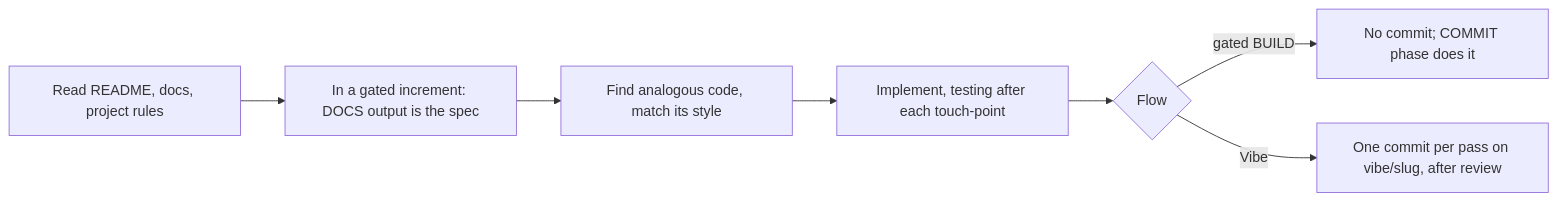
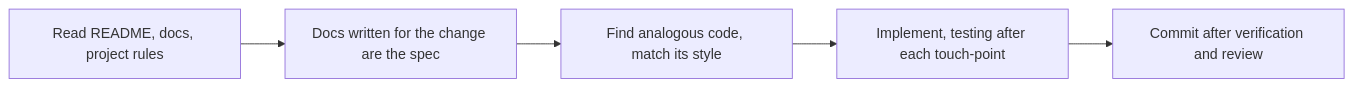
The diagram in skills/actions/an-dr-dev-implement-code/README.md (an-dr/agents), drawn with Mermaid before and after one commit. The commit also changed other lines of this file and 71 other files, not shown here.

First line of the commit message:
feat(workflow)!: run every flow on one common path with named approvals

````diff
--- a/skills/actions/an-dr-dev-implement-code/README.md
+++ b/skills/actions/an-dr-dev-implement-code/README.md
@@ -11,9 +11,7 @@
 ```mermaid
 flowchart LR
-  P[Read README, docs, project rules] --> D[In a gated increment: DOCS output is the spec]
+  P[Read README, docs, project rules] --> D[Docs written for the change are the spec]
   D --> A[Find analogous code, match its style]
   A --> I[Implement, testing after each touch-point]
-  I --> C{Flow}
-  C -- gated BUILD --> N[No commit; COMMIT phase does it]
-  C -- Vibe --> V[One commit per pass on vibe/slug, after review]
+  I --> V[Commit after verification and review]
 ```
````
